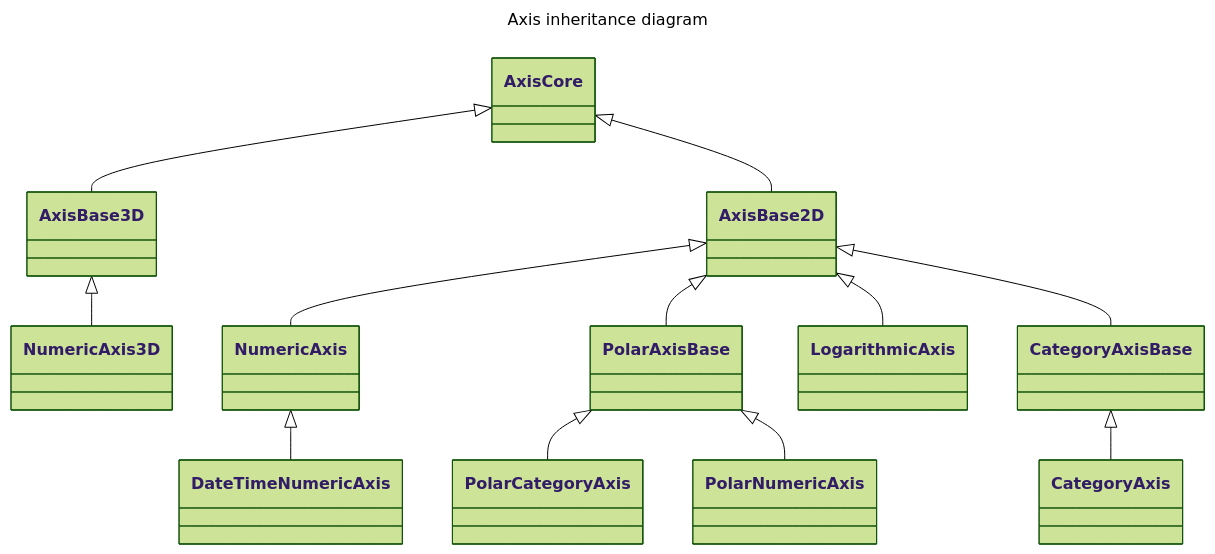
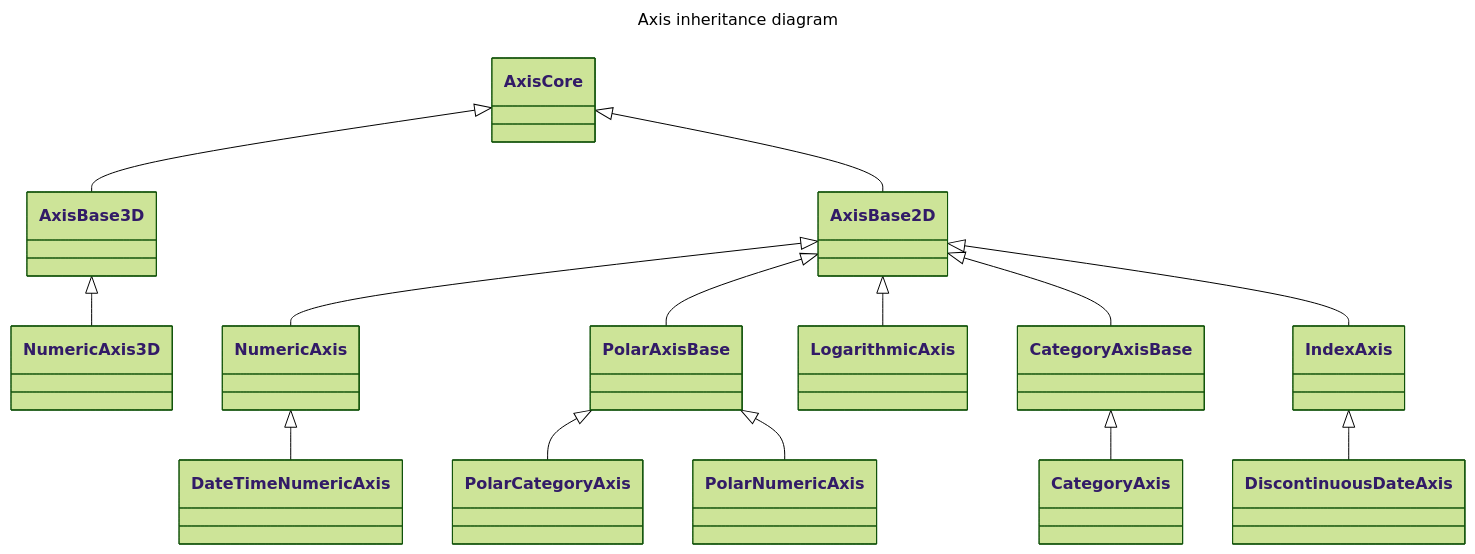
One commit to ABTSoftware/SciChart.JS.Docs changed the diagram in docusaurus/docs/2d-charts/axis-api/axis-types/common-axis-base-type/index.md. Above: the diagram before and after it, drawn with Mermaid (forest theme). The commit also changed other lines of this file, not shown here.

Commit message:
update(docs): Common Axis Base Types to include IndexAxis and DiscontinuousDateAxis

````diff
--- a/docusaurus/docs/2d-charts/axis-api/axis-types/common-axis-base-type/index.md
+++ b/docusaurus/docs/2d-charts/axis-api/axis-types/common-axis-base-type/index.md
@@ -13,17 +13,19 @@
 ```mermaid
 ---
 title: Axis inheritance diagram
 ---
 classDiagram
     AxisCore <|-- AxisBase2D
     AxisCore <|-- AxisBase3D
     AxisBase3D <|-- NumericAxis3D
     AxisBase2D <|-- NumericAxis
     AxisBase2D <|-- PolarAxisBase
     AxisBase2D <|-- LogarithmicAxis
     AxisBase2D <|-- CategoryAxisBase
+    AxisBase2D <|-- IndexAxis
     NumericAxis <|-- DateTimeNumericAxis
     PolarAxisBase <|-- PolarCategoryAxis
     PolarAxisBase <|-- PolarNumericAxis
     CategoryAxisBase <|-- CategoryAxis
+    IndexAxis <|-- DiscontinuousDateAxis
 ```
````
